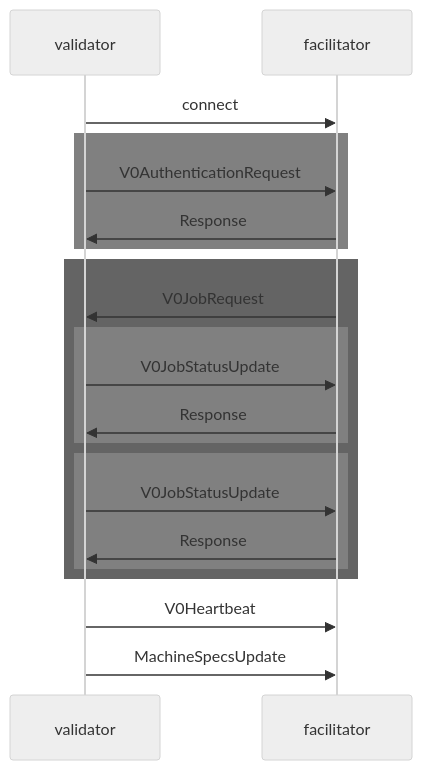
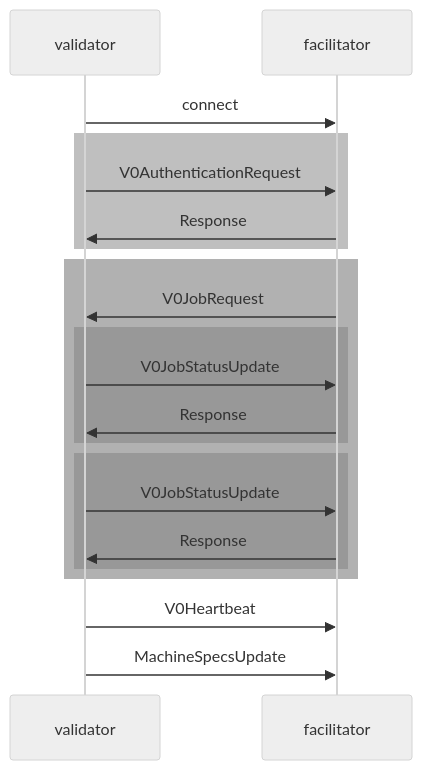
Before and after one commit to backend-developers-ltd/ComputeHorde: the diagram in facilitator-protocol.md, drawn with Mermaid (neutral theme).

Commit message:
fix mermaid sequence diagram

````diff
--- a/facilitator-protocol.md
+++ b/facilitator-protocol.md
@@ -19,29 +19,29 @@
 ```mermaid
 sequenceDiagram
     participant validator
     participant facilitator
 
     validator->>facilitator: connect
     
-    rect rgb(128, 128, 128)
+    rect rgba(128, 128, 128, .5)
         validator->>facilitator: V0AuthenticationRequest
         facilitator->>validator: Response
     end
     
-    rect rgb(100, 100, 100)
+    rect rgba(100, 100, 100, .5)
         facilitator->>validator: V0JobRequest
     
-        rect rgb(128, 128, 128)
+        rect rgba(128, 128, 128, .5)
             validator->>facilitator: V0JobStatusUpdate
             facilitator->>validator: Response
         end
     
-        rect rgb(128, 128, 128)
+        rect rgba(128, 128, 128, .5)
             validator->>facilitator: V0JobStatusUpdate
             facilitator->>validator: Response
         end
     end
 
     validator->>facilitator: V0Heartbeat
     validator->>facilitator: MachineSpecsUpdate
 ```
````
